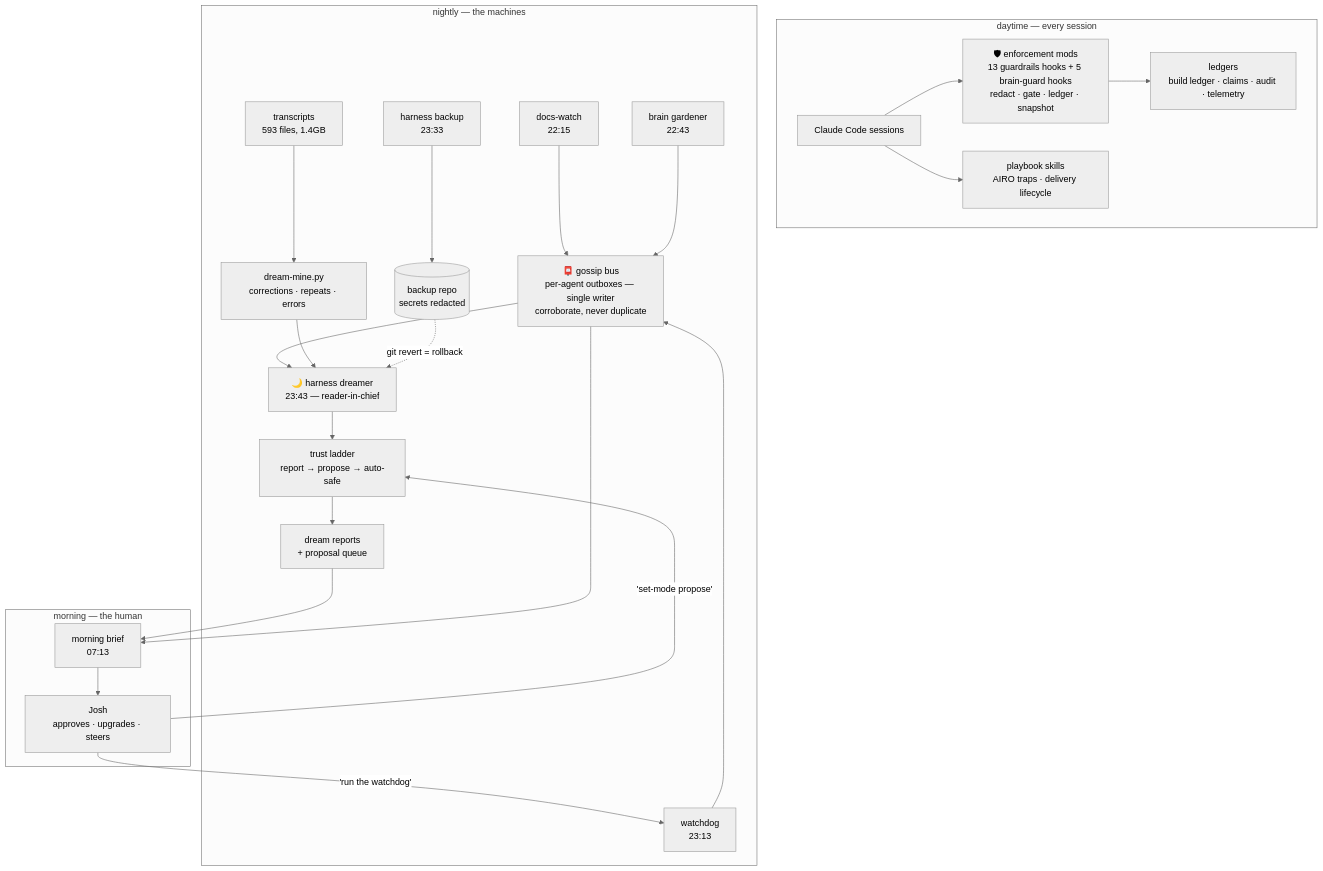
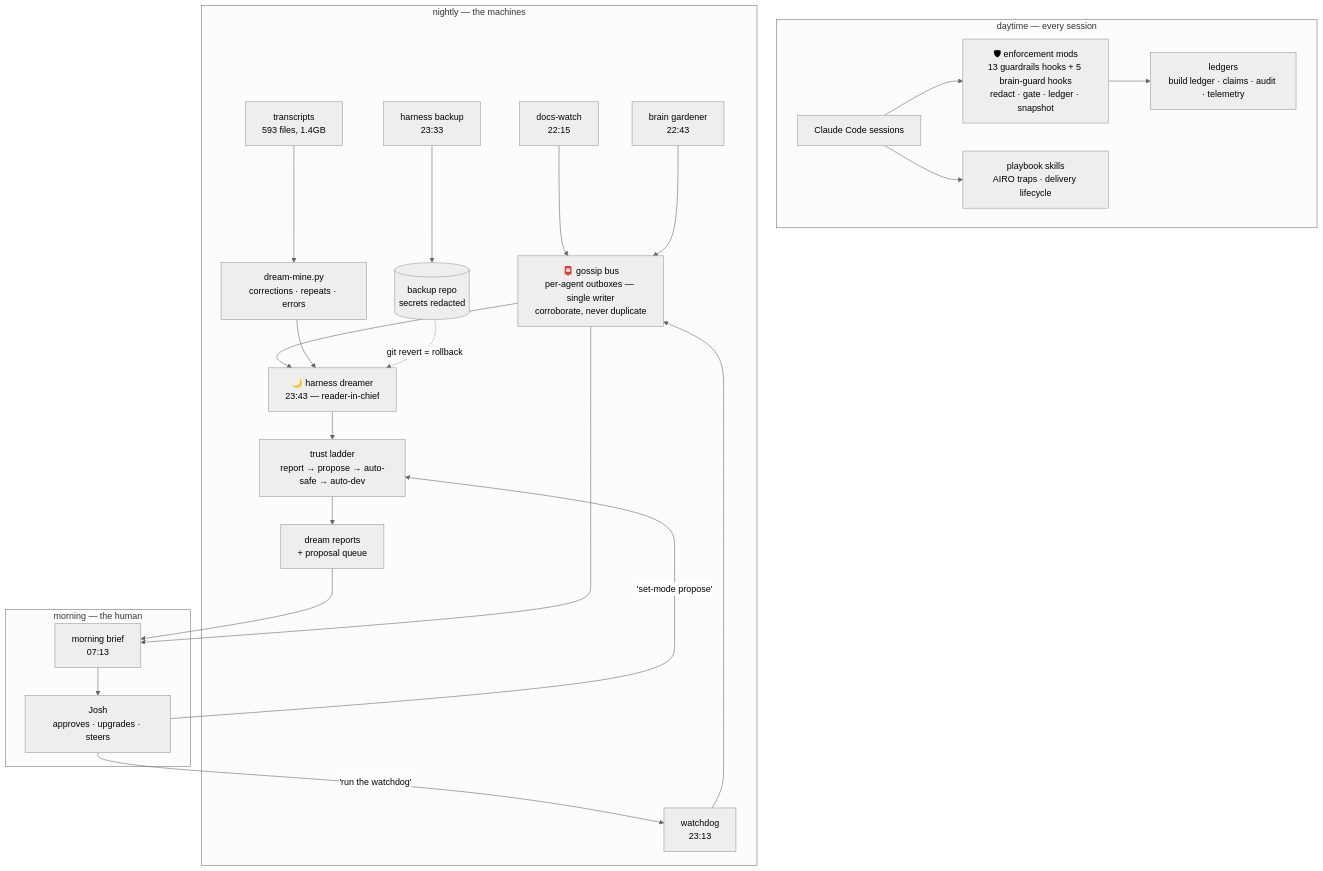
One commit to jdcramoy/workato-agentic-kit changed the diagram in README.md. Above: the diagram before and after it, drawn with Mermaid (neutral theme). The commit also changed other lines of this file, not shown here.

Commit message:
README: auto-dev rung in diagram, ladder table, cadence

````diff
--- a/README.md
+++ b/README.md
@@ -35,32 +35,32 @@
 ```mermaid
 graph TB
     subgraph SESSIONS[" daytime — every session "]
         CC["Claude Code sessions"] --> MODS["🛡 enforcement mods\n13 guardrails hooks + 5 brain-guard hooks\nredact · gate · ledger · snapshot"]
         CC --> SKILLS["playbook skills\nAIRO traps · delivery lifecycle"]
         MODS --> LEDGERS["ledgers\nbuild ledger · claims · audit · telemetry"]
     end
 
     subgraph NIGHT[" nightly — the machines "]
         DW["docs-watch\n22:15"] --> BUS
         BG["brain gardener\n22:43"] --> BUS
         WD["watchdog\n23:13"] --> BUS
         BUS["📮 gossip bus\nper-agent outboxes — single writer\ncorroborate, never duplicate"]
         HB["harness backup\n23:33"] --> REPO[("backup repo\nsecrets redacted")]
         DREAMER["🌙 harness dreamer\n23:43 — reader-in-chief"]
         BUS --> DREAMER
         TX["transcripts\n593 files, 1.4GB"] --> MINE["dream-mine.py\ncorrections · repeats · errors"]
         MINE --> DREAMER
-        DREAMER --> LADDER["trust ladder\nreport → propose → auto-safe"]
+        DREAMER --> LADDER["trust ladder\nreport → propose → auto-safe → auto-dev"]
         LADDER --> REPORTS["dream reports\n+ proposal queue"]
     end
 
     subgraph MORNING[" morning — the human "]
         MB["morning brief\n07:13"] --> JOSH["Josh\napproves · upgrades · steers"]
         REPORTS --> MB
         BUS --> MB
     end
 
     REPO -.->|"git revert = rollback"| DREAMER
     JOSH -->|"'set-mode propose'"| LADDER
     JOSH -->|"'run the watchdog'"| WD
 ```
````
